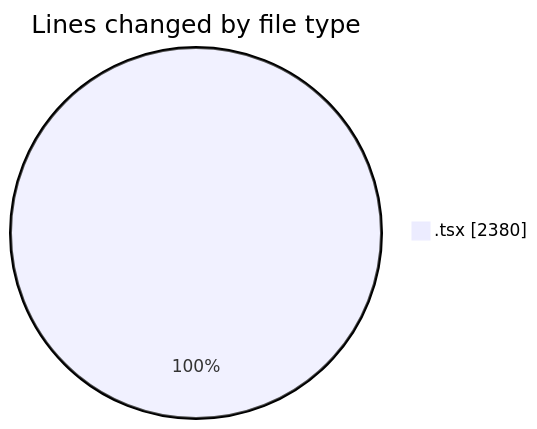
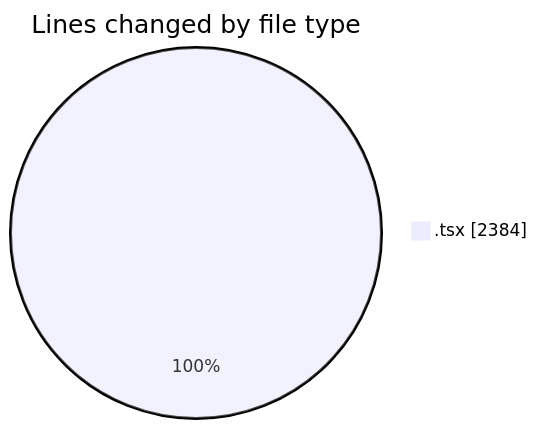
The first of 2 diagrams in 2025-12-04/cda/README.md (momahboobian/code-tracking), drawn with Mermaid before and after one commit. The commit also changed other lines of this file and 1 other file, not shown here.

````diff
--- a/2025-12-04/cda/README.md
+++ b/2025-12-04/cda/README.md
@@ -22,5 +22,5 @@
 ```mermaid
 pie showData
 title Lines changed by file type
-".tsx" : 2380
+".tsx" : 2384
 ```
````
